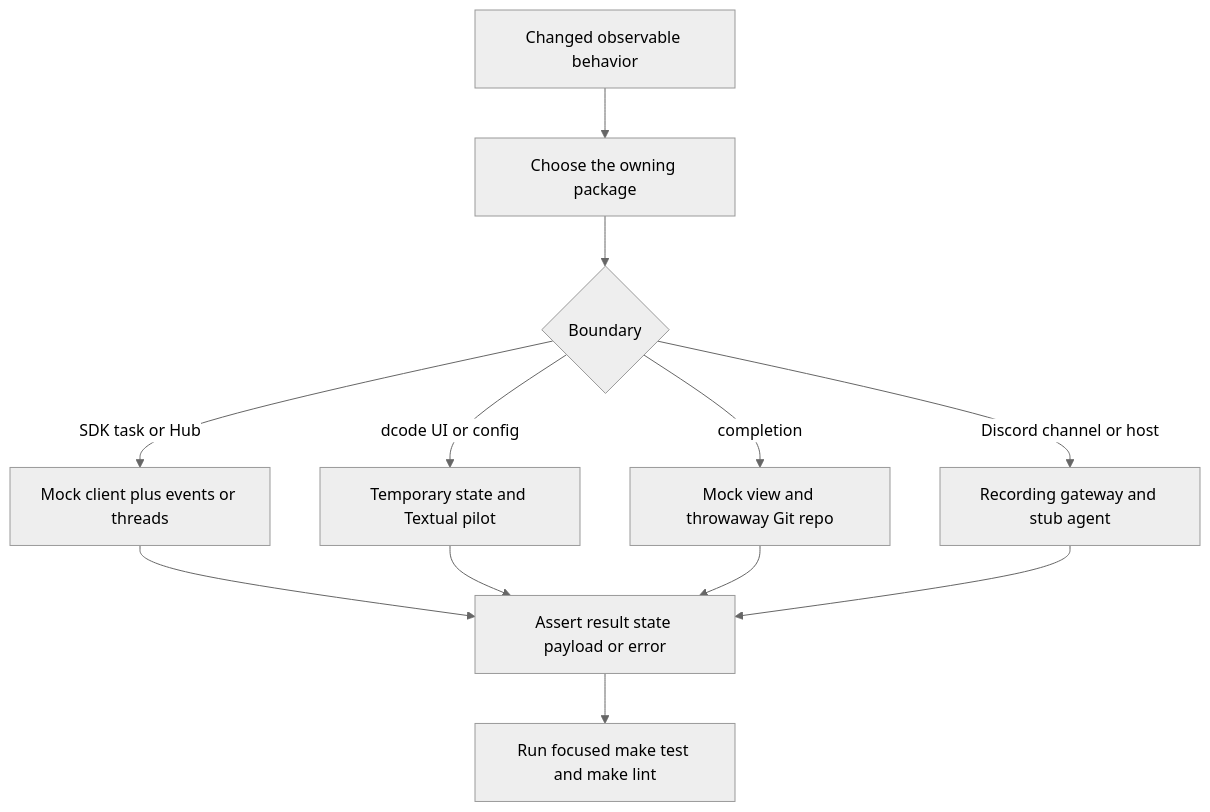
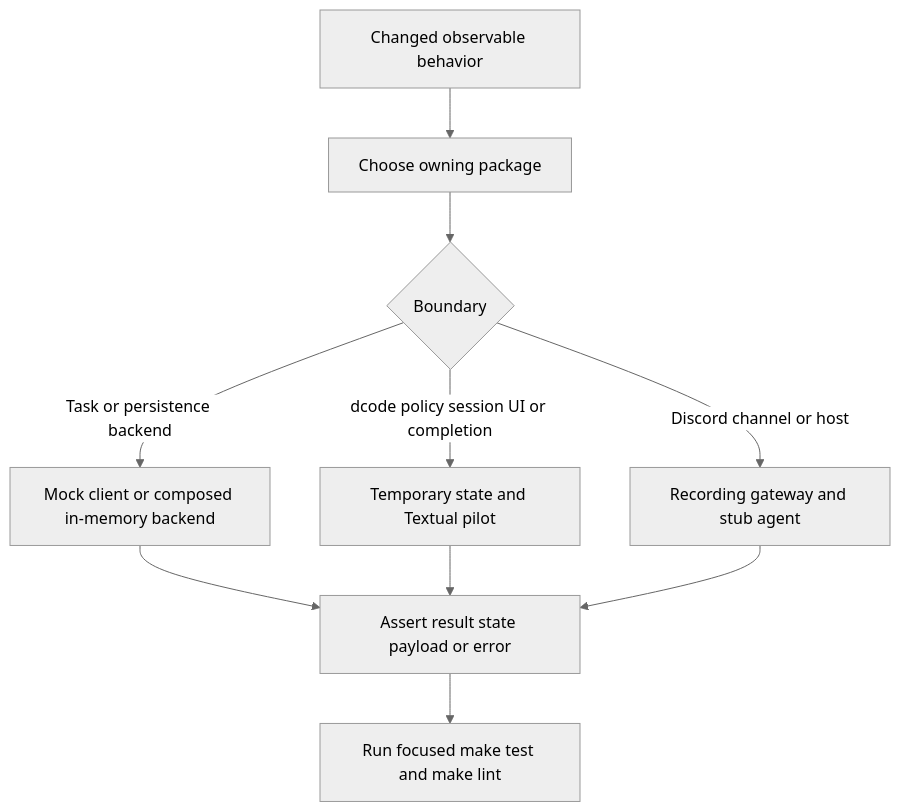
Before and after one commit to langchain-ai/deepagents: the diagram in openwiki/testing/testing-guide.md, drawn with Mermaid (neutral theme). The commit also changed other lines of this file and 28 other files, not shown here.

````diff
--- a/openwiki/testing/testing-guide.md
+++ b/openwiki/testing/testing-guide.md
@@ -85,14 +94,12 @@
 ```mermaid
 flowchart TD
-    Change["Changed observable behavior"] --> Owner["Choose the owning package"]
+    Change["Changed observable behavior"] --> Owner["Choose owning package"]
     Owner --> Boundary{"Boundary"}
-    Boundary -->|"SDK task or Hub"| SDK["Mock client plus events or threads"]
-    Boundary -->|"dcode UI or config"| Dcode["Temporary state and Textual pilot"]
-    Boundary -->|"completion"| Complete["Mock view and throwaway Git repo"]
+    Boundary -->|"Task or persistence backend"| Backend["Mock client or composed in-memory backend"]
+    Boundary -->|"dcode policy session UI or completion"| Dcode["Temporary state and Textual pilot"]
     Boundary -->|"Discord channel or host"| Discord["Recording gateway and stub agent"]
-    SDK --> Assert["Assert result state payload or error"]
+    Backend --> Assert["Assert result state payload or error"]
     Dcode --> Assert
-    Complete --> Assert
     Discord --> Assert
     Assert --> Check["Run focused make test and make lint"]
 ```
````
